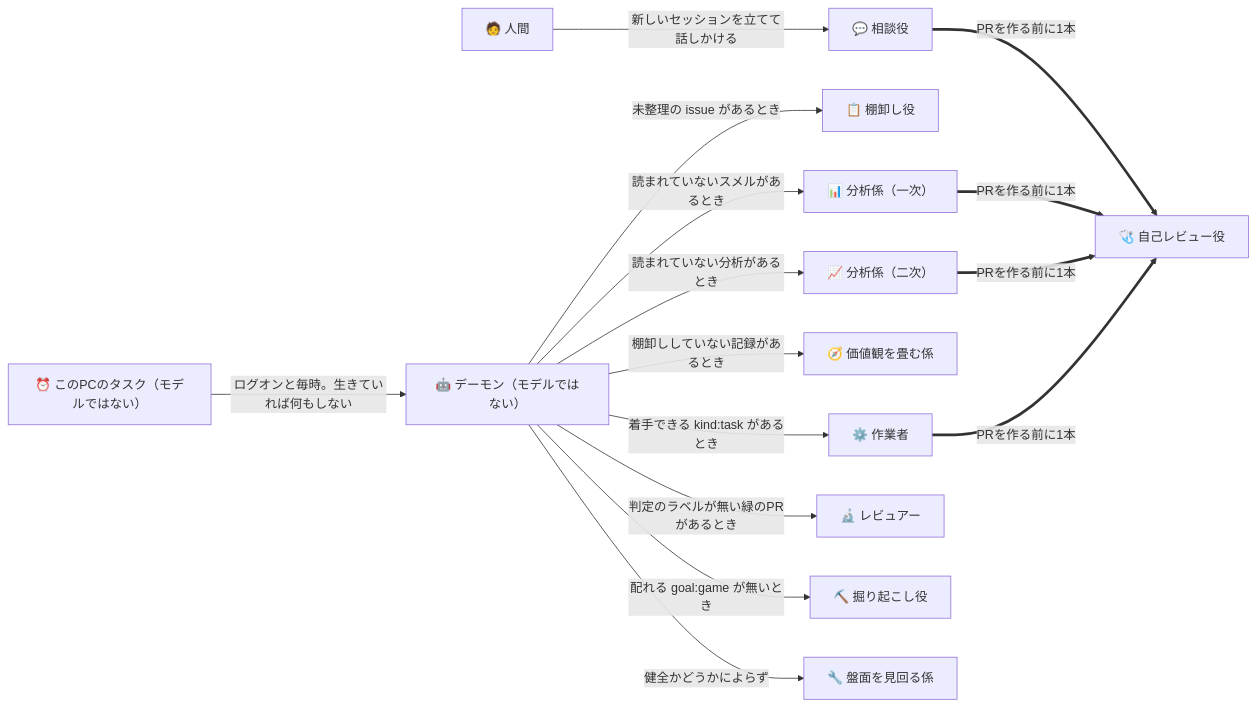
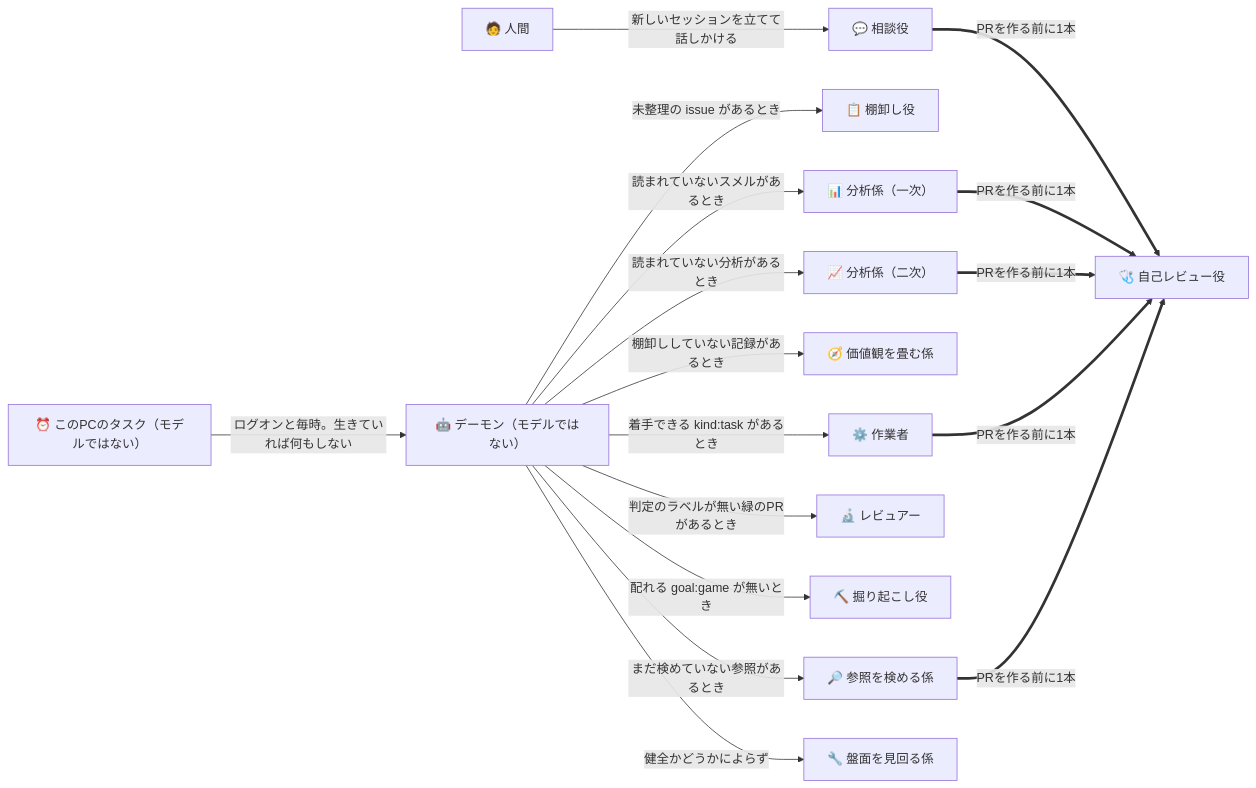
One commit to gooyyu1/UnmappedIsland changed the first of 5 diagrams in docs/ParallelAgents.md. Above: the diagram before and after it, drawn with Mermaid. The commit also changed other lines of this file and 17 other files, not shown here.

````diff
--- a/docs/ParallelAgents.md
+++ b/docs/ParallelAgents.md
@@ -29,31 +29,34 @@
 ```mermaid
 flowchart LR
     Human["🧑 人間"]
     Task["⏰ このPCのタスク（モデルではない）"]
     Daemon["🤖 デーモン（モデルではない）"]
     Adviser["💬 相談役"]
     Triage["📋 棚卸し役"]
     Analysis["📊 分析係（一次）"]
     Trend["📈 分析係（二次）"]
     Policy["🧭 価値観を畳む係"]
     Reviewer["🔬 レビュアー"]
     Worker["⚙️ 作業者"]
     SelfReview["🩺 自己レビュー役"]
     Digger["⛏️ 掘り起こし役"]
+    RefAudit["🔎 参照を検める係"]
     Patrol["🔧 盤面を見回る係"]
 
     Human -->|"新しいセッションを立てて話しかける"| Adviser
     Task -->|"ログオンと毎時。生きていれば何もしない"| Daemon
     Daemon -->|"未整理の issue があるとき"| Triage
     Daemon -->|"読まれていないスメルがあるとき"| Analysis
     Daemon -->|"読まれていない分析があるとき"| Trend
     Daemon -->|"棚卸ししていない記録があるとき"| Policy
     Daemon -->|"着手できる kind:task があるとき"| Worker
     Daemon -->|"判定のラベルが無い緑のPRがあるとき"| Reviewer
     Daemon -->|"配れる goal:game が無いとき"| Digger
+    Daemon -->|"まだ検めていない参照があるとき"| RefAudit
     Daemon -->|"健全かどうかによらず"| Patrol
     Worker ==>|"PRを作る前に1本"| SelfReview
     Analysis ==>|"PRを作る前に1本"| SelfReview
     Trend ==>|"PRを作る前に1本"| SelfReview
+    RefAudit ==>|"PRを作る前に1本"| SelfReview
     Adviser ==>|"PRを作る前に1本"| SelfReview
 ```
````
